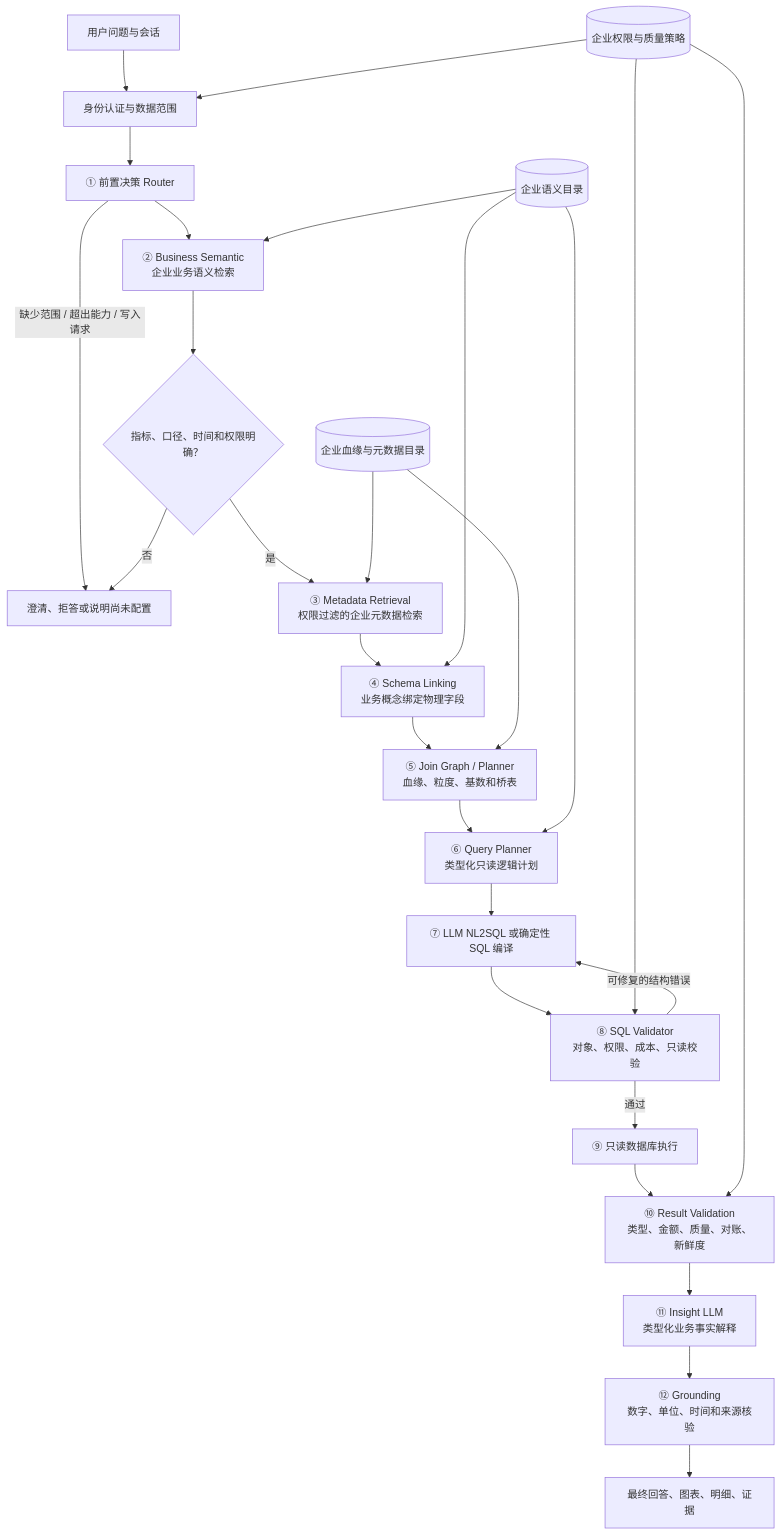
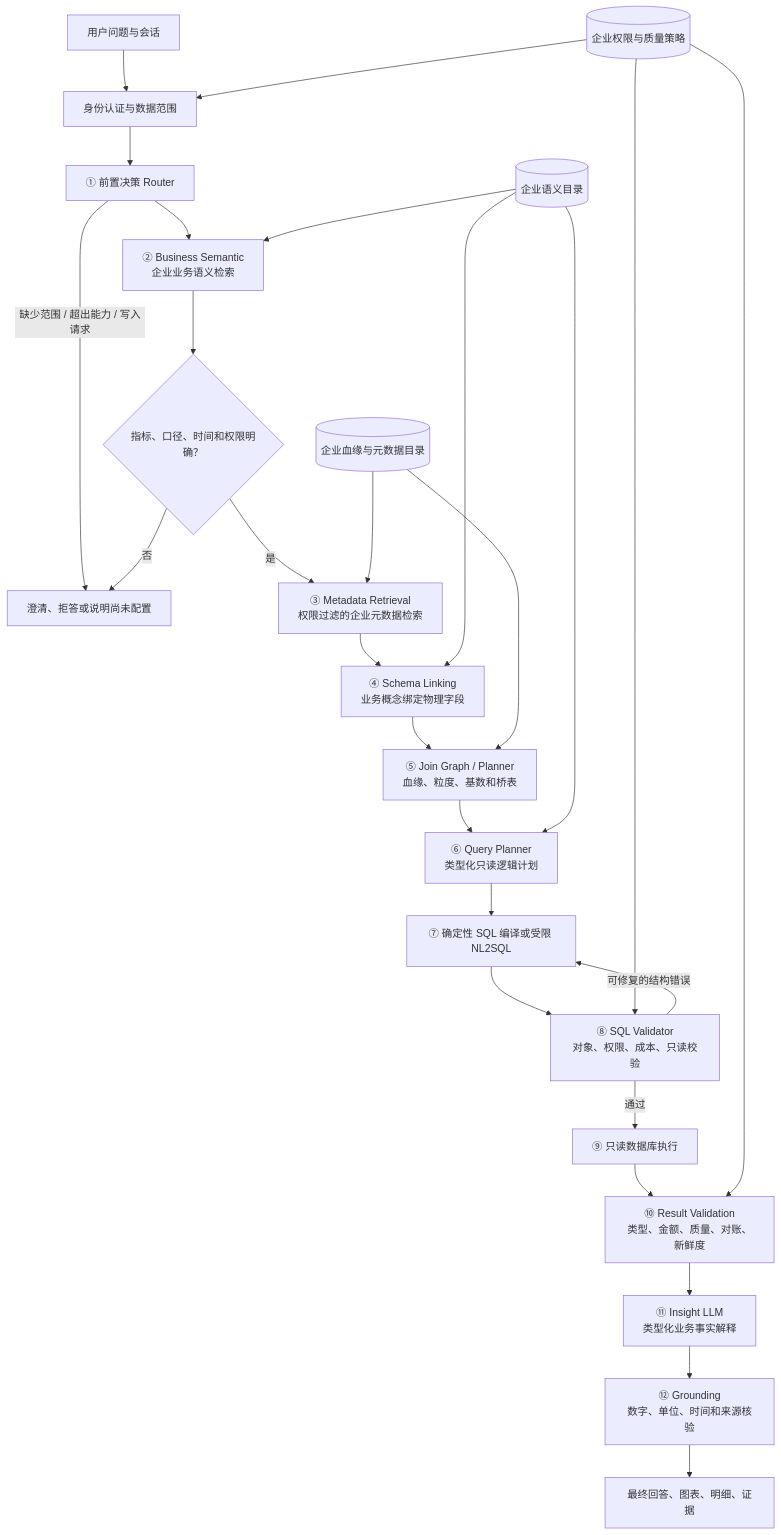
Before and after one commit to Amspt666/insight-copilot: the diagram in README.md, drawn with Mermaid. The commit also changed other lines of this file, not shown here.

Commit message:
docs: clarify DeepSeek participation in architecture

````diff
--- a/README.md
+++ b/README.md
@@ -21,29 +21,29 @@
 ```mermaid
 flowchart TD
     U[用户问题与会话] --> A[身份认证与数据范围]
     A --> R[① 前置决策 Router]
     R -->|缺少范围 / 超出能力 / 写入请求| C[澄清、拒答或说明尚未配置]
-    R --> S[② Business Semantic\n企业业务语义检索]
+    R --> S[② Business Semantic<br/>企业业务语义检索]
     S --> D{指标、口径、时间和权限明确？}
     D -->|否| C
-    D -->|是| M[③ Metadata Retrieval\n权限过滤的企业元数据检索]
-    M --> L[④ Schema Linking\n业务概念绑定物理字段]
-    L --> J[⑤ Join Graph / Planner\n血缘、粒度、基数和桥表]
-    J --> P[⑥ Query Planner\n类型化只读逻辑计划]
-    P --> G[⑦ LLM NL2SQL 或确定性 SQL 编译]
-    G --> V[⑧ SQL Validator\n对象、权限、成本、只读校验]
+    D -->|是| M[③ Metadata Retrieval<br/>权限过滤的企业元数据检索]
+    M --> L[④ Schema Linking<br/>业务概念绑定物理字段]
+    L --> J[⑤ Join Graph / Planner<br/>血缘、粒度、基数和桥表]
+    J --> P[⑥ Query Planner<br/>类型化只读逻辑计划]
+    P --> G[⑦ 确定性 SQL 编译或受限 NL2SQL]
+    G --> V[⑧ SQL Validator<br/>对象、权限、成本、只读校验]
     V -->|可修复的结构错误| G
     V -->|通过| X[⑨ 只读数据库执行]
-    X --> Y[⑩ Result Validation\n类型、金额、质量、对账、新鲜度]
-    Y --> I[⑪ Insight LLM\n类型化业务事实解释]
-    I --> Z[⑫ Grounding\n数字、单位、时间和来源核验]
+    X --> Y[⑩ Result Validation<br/>类型、金额、质量、对账、新鲜度]
+    Y --> I[⑪ Insight LLM<br/>类型化业务事实解释]
+    I --> Z[⑫ Grounding<br/>数字、单位、时间和来源核验]
     Z --> O[最终回答、图表、明细、证据]
     E[(企业语义目录)] --> S
     E --> L
     E --> P
     T[(企业血缘与元数据目录)] --> M
     T --> J
     W[(企业权限与质量策略)] --> A
     W --> V
     W --> Y
 ```
````
